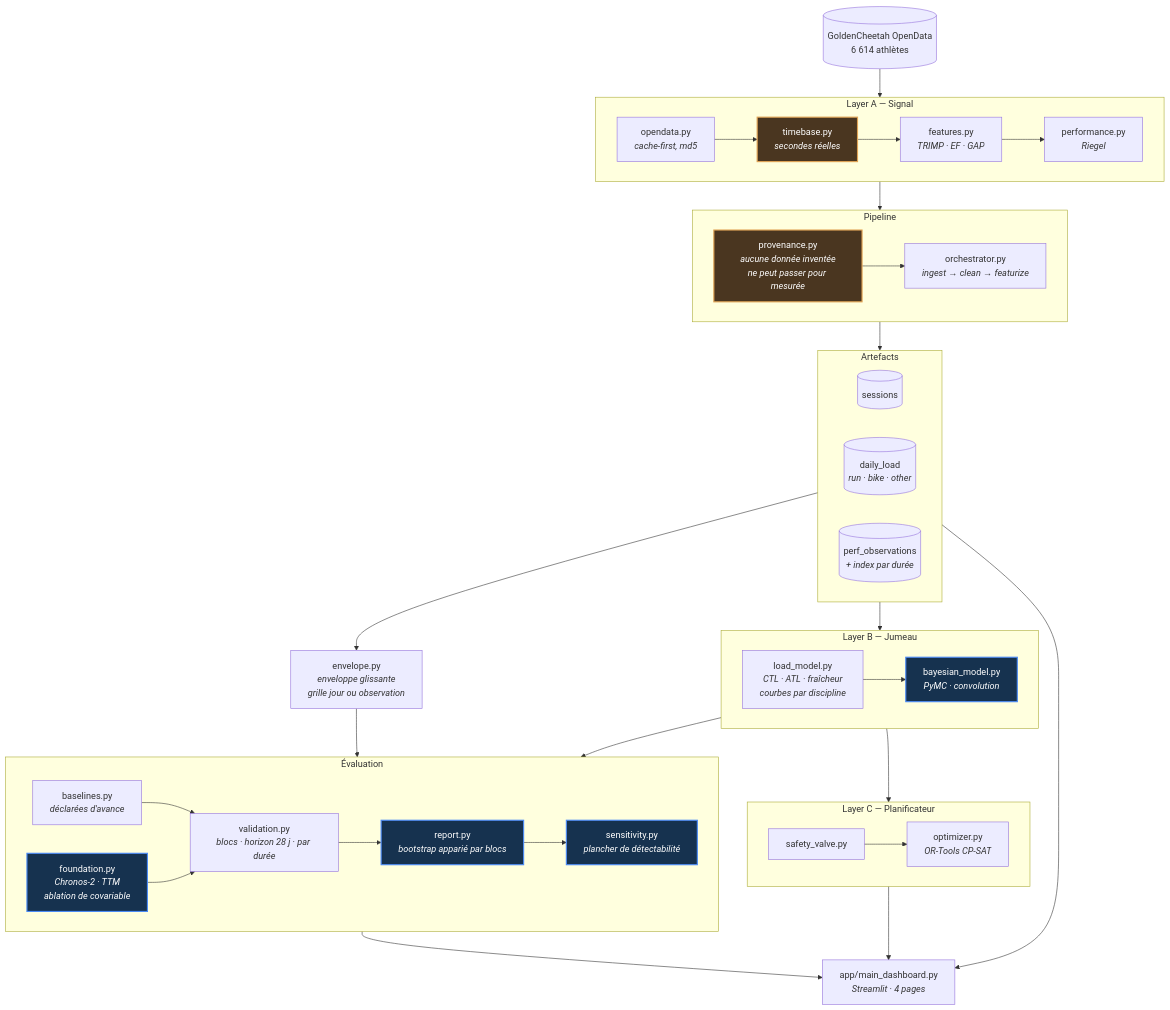
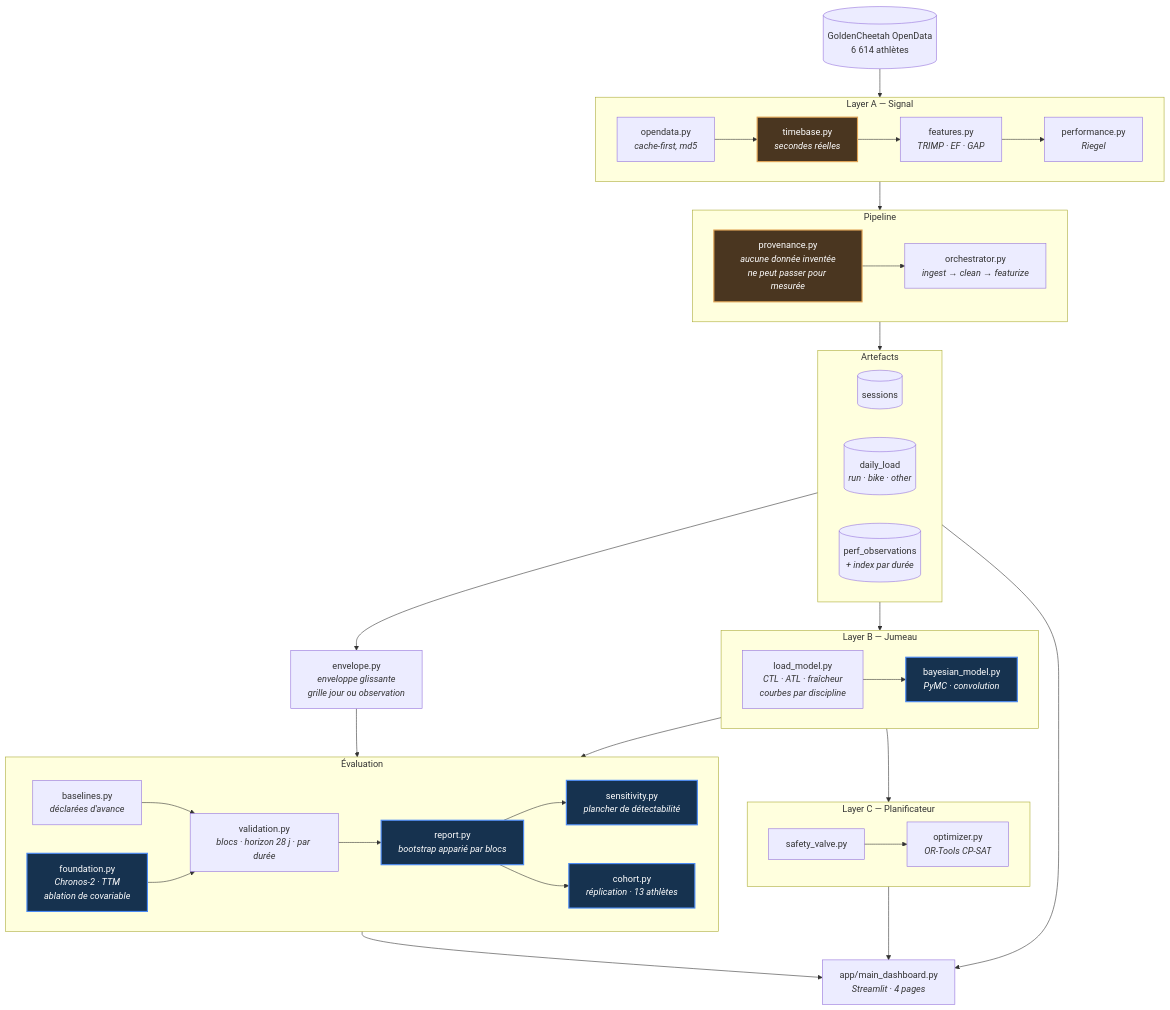
Before and after one commit to louisrodembourg/Adaptive-digital-twin-endurance: the diagram in README.md, drawn with Mermaid. The commit also changed other lines of this file and 1 other file, not shown here.

````diff
--- a/README.md
+++ b/README.md
@@ -468,71 +575,73 @@
 ```mermaid
 flowchart TB
     OSF[("GoldenCheetah OpenData<br/>6 614 athlètes")]
 
     subgraph A["Layer A — Signal"]
         direction LR
         ING["opendata.py<br/><i>cache-first, md5</i>"]
         TB["timebase.py<br/><i>secondes réelles</i>"]
         FEAT["features.py<br/><i>TRIMP · EF · GAP</i>"]
         PERF["performance.py<br/><i>Riegel</i>"]
         ING --> TB --> FEAT --> PERF
     end
 
     subgraph P["Pipeline"]
         direction LR
         PROV["provenance.py<br/><i>aucune donnée inventée<br/>ne peut passer pour mesurée</i>"]
         ORCH["orchestrator.py<br/><i>ingest → clean → featurize</i>"]
         PROV --> ORCH
     end
 
     subgraph STORE["Artefacts"]
         direction LR
         S1[("sessions")]
         S2[("daily_load<br/><i>run · bike · other</i>")]
         S3[("perf_observations<br/><i>+ index par durée</i>")]
     end
 
     ENV["envelope.py<br/><i>enveloppe glissante<br/>grille jour ou observation</i>"]
 
     subgraph B["Layer B — Jumeau"]
         direction LR
         LOAD["load_model.py<br/><i>CTL · ATL · fraîcheur<br/>courbes par discipline</i>"]
         BAYES["bayesian_model.py<br/><i>PyMC · convolution</i>"]
         LOAD --> BAYES
     end
 
     subgraph E["Évaluation"]
         direction LR
         BASE["baselines.py<br/><i>déclarées d'avance</i>"]
         FND["foundation.py<br/><i>Chronos-2 · TTM<br/>ablation de covariable</i>"]
         SENS["sensitivity.py<br/><i>plancher de détectabilité</i>"]
+        COH["cohort.py<br/><i>réplication · 13 athlètes</i>"]
         VALID["validation.py<br/><i>blocs · horizon 28 j · par durée</i>"]
         REPORT["report.py<br/><i>bootstrap apparié par blocs</i>"]
         BASE --> VALID --> REPORT
         FND --> VALID
         REPORT --> SENS
+        REPORT --> COH
     end
 
     subgraph C["Layer C — Planificateur"]
         direction LR
         SAFE["safety_valve.py"]
         OPT["optimizer.py<br/><i>OR-Tools CP-SAT</i>"]
         SAFE --> OPT
     end
 
     UI["app/main_dashboard.py<br/><i>Streamlit · 4 pages</i>"]
 
     OSF --> A --> P --> STORE
     STORE --> ENV --> E
     STORE --> B
     B --> E
     B --> C
     E --> UI
     C --> UI
     STORE --> UI
 
     classDef result fill:#16324f,stroke:#4c8bf5,stroke-width:2px,color:#fff
     classDef guard fill:#4a3620,stroke:#e0a355,stroke-width:2px,color:#fff
-    class REPORT,BAYES,FND,SENS result
+    class REPORT,BAYES,FND,SENS,COH result
     class PROV,TB guard
 ```
````
